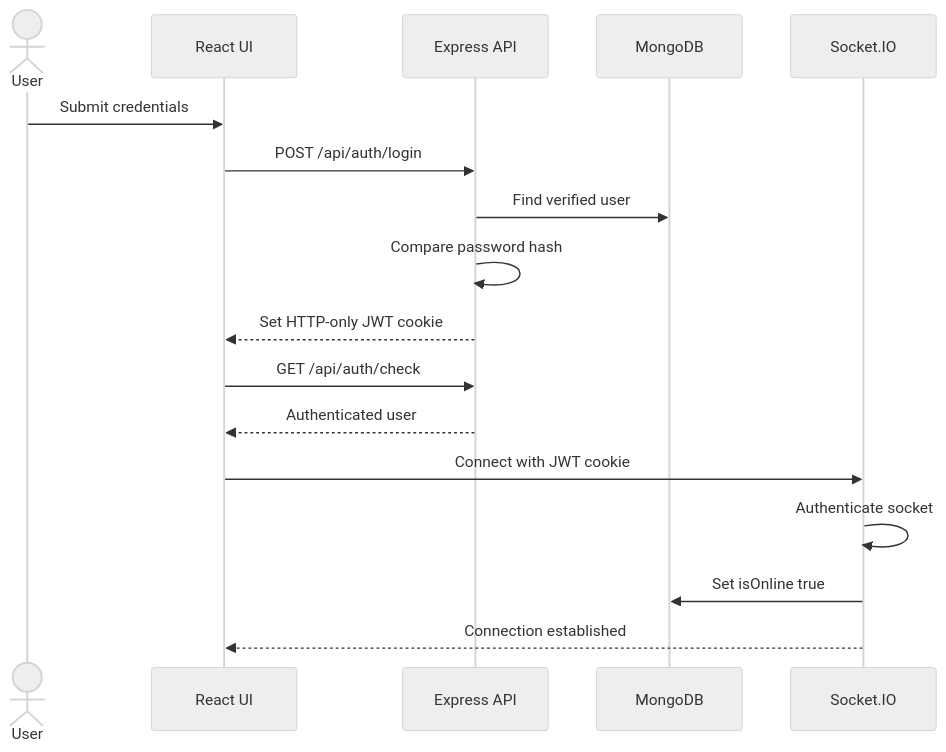
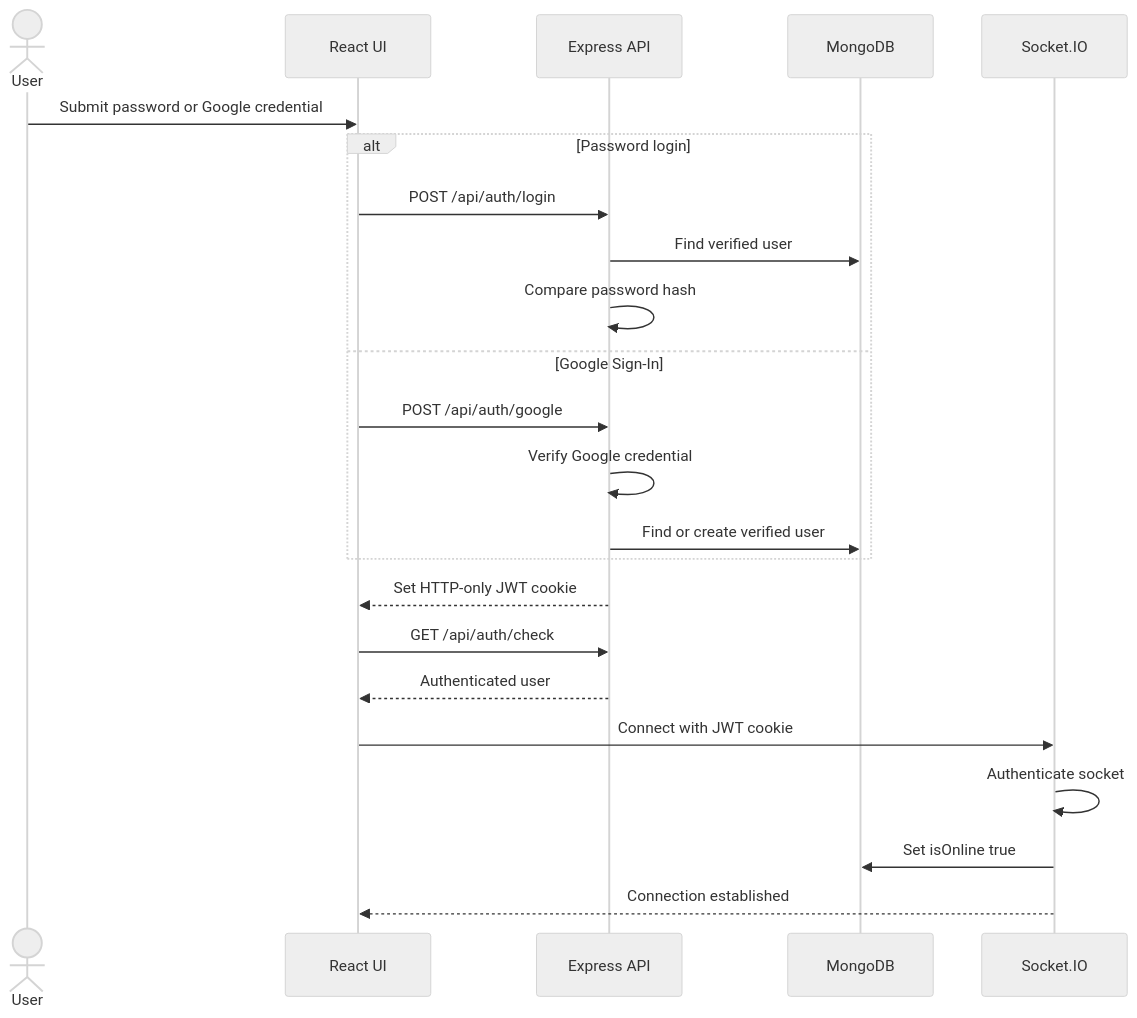
Before and after one commit to Saurav11343/click-chat: diagram 14 of 26 in docs/10-diagram-catalog.md, drawn with Mermaid (neutral theme). The commit also changed other lines of this file and 11 other files, not shown here.

Commit message:
update diagrams

````diff
--- a/docs/10-diagram-catalog.md
+++ b/docs/10-diagram-catalog.md
@@ -445,20 +535,26 @@
 ```mermaid
 sequenceDiagram
     actor User
     participant UI as React UI
     participant API as Express API
     participant DB as MongoDB
     participant IO as Socket.IO
 
-    User->>UI: Submit credentials
-    UI->>API: POST /api/auth/login
-    API->>DB: Find verified user
-    API->>API: Compare password hash
+    User->>UI: Submit password or Google credential
+    alt Password login
+      UI->>API: POST /api/auth/login
+      API->>DB: Find verified user
+      API->>API: Compare password hash
+    else Google Sign-In
+      UI->>API: POST /api/auth/google
+      API->>API: Verify Google credential
+      API->>DB: Find or create verified user
+    end
     API-->>UI: Set HTTP-only JWT cookie
     UI->>API: GET /api/auth/check
     API-->>UI: Authenticated user
     UI->>IO: Connect with JWT cookie
     IO->>IO: Authenticate socket
     IO->>DB: Set isOnline true
     IO-->>UI: Connection established
 ```
````
